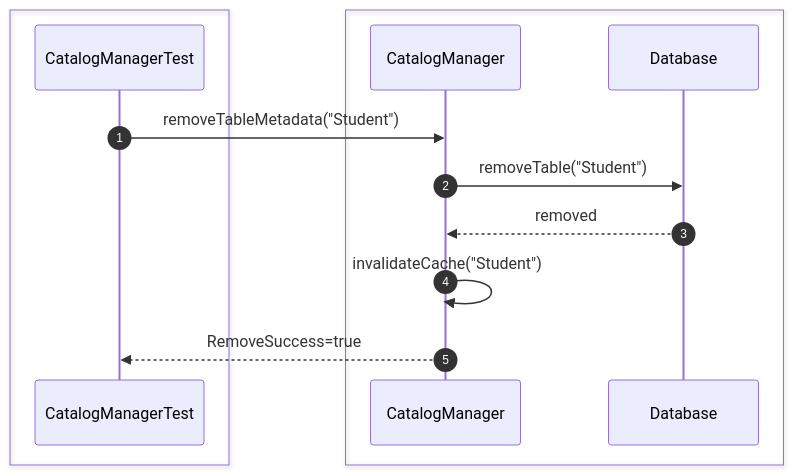
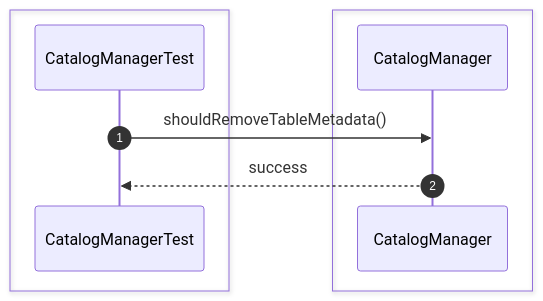
One commit to Huy1801214/dbms-architecture changed diagram 15 of 28 in src/sequence/catalog.md. Above: the diagram before and after it, drawn with Mermaid. The commit also changed other lines of this file and 68 other files, not shown here.

Commit message:
implement comprehensive unit test suite and architectural sequence documentation

````diff
--- a/src/sequence/catalog.md
+++ b/src/sequence/catalog.md
@@ -326,21 +216,13 @@
 ```mermaid
 sequenceDiagram
     autonumber
     box #e1f5fe Test Suite
     participant Test as CatalogManagerTest
     end
-    box #e8f5e9 Catalog Objects
-    participant Catalog as CatalogManager
-    participant DB as Database
+    box #e8f5e9 CatalogManager Component
+    participant CM as CatalogManager
     end
 
-    Test->>Catalog: removeTableMetadata("Student")
-
-    Catalog->>DB: removeTable("Student")
-
-    DB-->>Catalog: removed
-
-    Catalog->>Catalog: invalidateCache("Student")
-
-    Catalog-->>Test: RemoveSuccess=true
+    Test->>CM: shouldRemoveTableMetadata()
+    CM-->>Test: success
 ```
````
